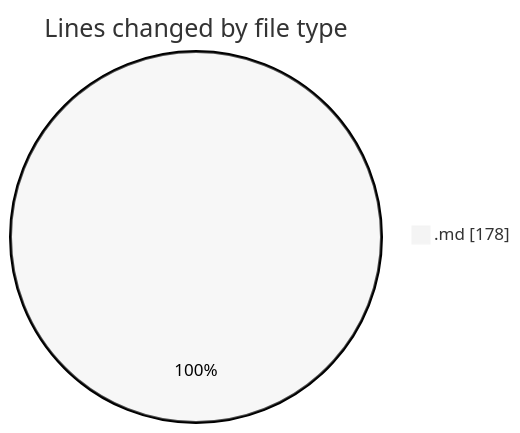
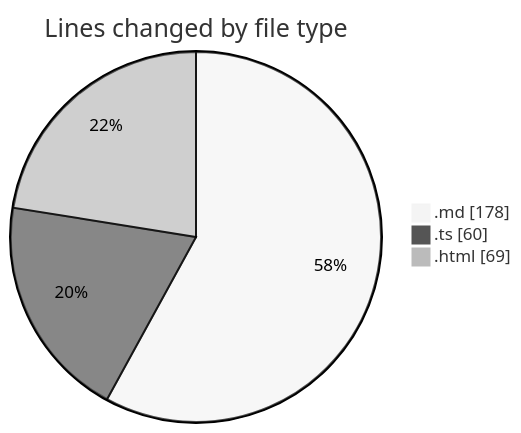
Before and after one commit to ernivani/code-tracking: the first of 2 diagrams in 2025-01-04/my-code-activity-ext/README.md, drawn with Mermaid (neutral theme). The commit also changed other lines of this file and 1 other file, not shown here.

````diff
--- a/2025-01-04/my-code-activity-ext/README.md
+++ b/2025-01-04/my-code-activity-ext/README.md
@@ -22,5 +24,7 @@
 ```mermaid
 pie showData
 title Lines changed by file type
 ".md" : 178
+".ts" : 60
+".html" : 69
 ```
````
